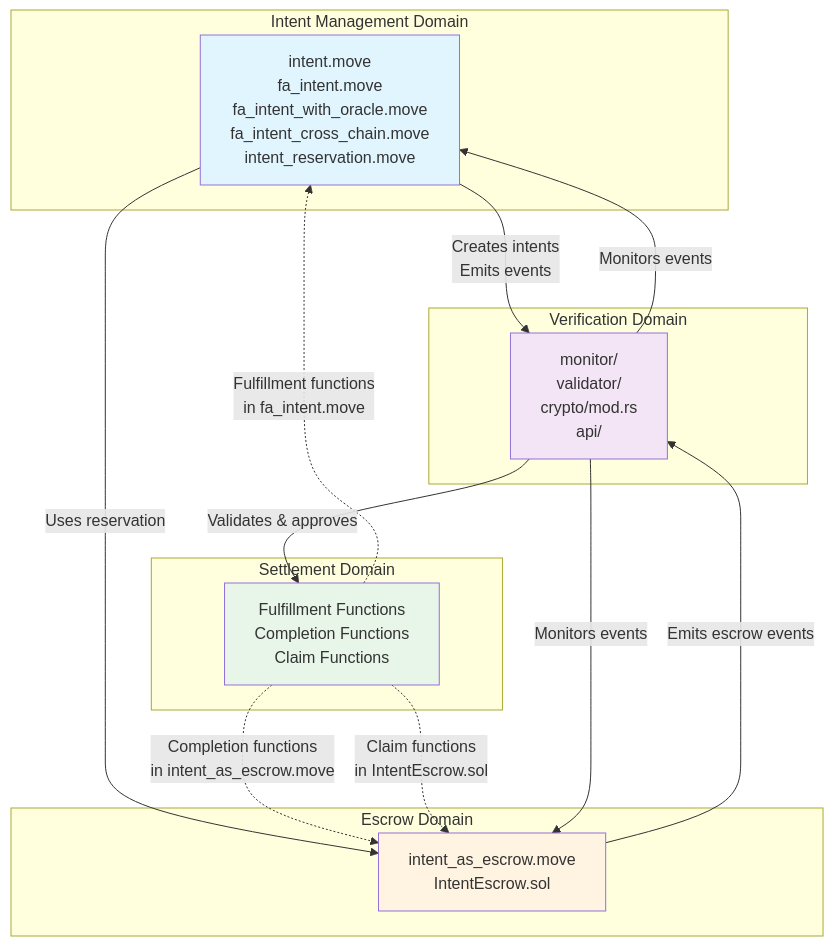
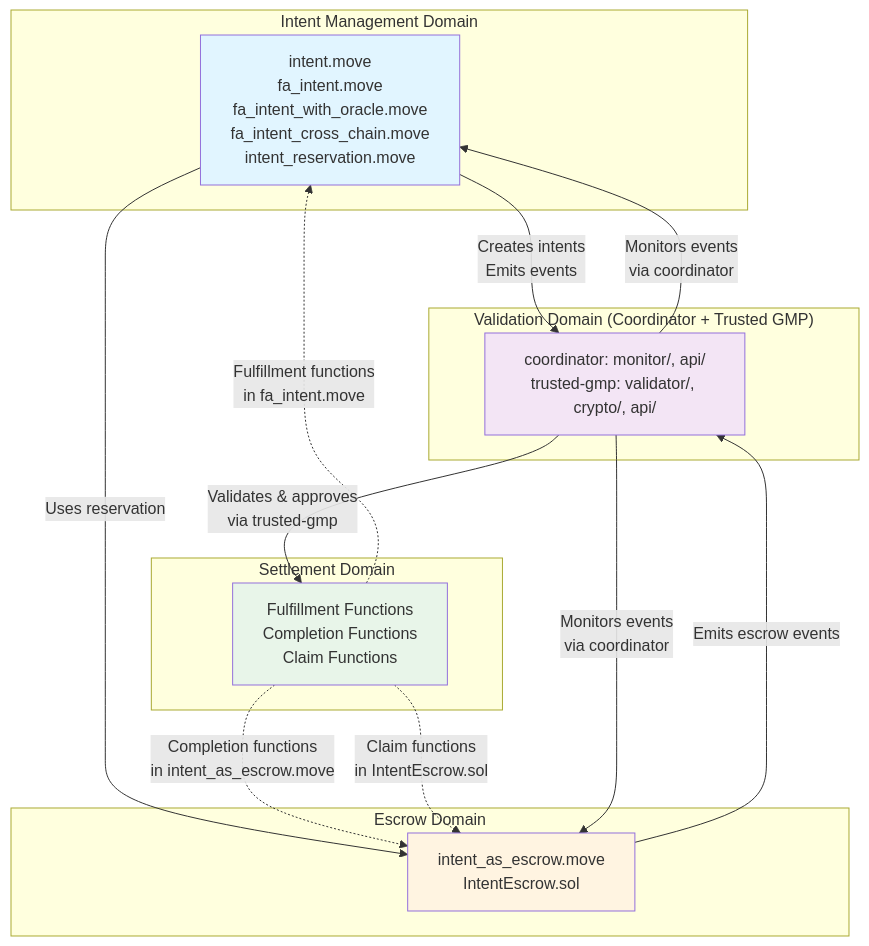
The second of 2 diagrams in docs/architecture/architecture-component-mapping.md (MoveIndustries/int3nts), drawn with Mermaid before and after one commit. The commit also changed other lines of this file and 29 other files, not shown here.

First line of the commit message:
docs: split verifier docs into coordinator and trusted-gmp

````diff
--- a/docs/architecture/architecture-component-mapping.md
+++ b/docs/architecture/architecture-component-mapping.md
@@ -57,33 +57,33 @@
 ```mermaid
 graph TB
     subgraph "Intent Management Domain"
         IM[intent.move<br/>fa_intent.move<br/>fa_intent_with_oracle.move<br/>fa_intent_cross_chain.move<br/>intent_reservation.move]
     end
     
     subgraph "Escrow Domain"
         EM[intent_as_escrow.move<br/>IntentEscrow.sol]
     end
     
     subgraph "Settlement Domain"
         SM[Fulfillment Functions<br/>Completion Functions<br/>Claim Functions]
     end
     
-    subgraph "Verification Domain"
-        VM[monitor/<br/>validator/<br/>crypto/mod.rs<br/>api/]
+    subgraph "Validation Domain (Coordinator + Trusted GMP)"
+        VM[coordinator: monitor/, api/<br/>trusted-gmp: validator/, crypto/, api/]
     end
     
     IM -->|Creates intents<br/>Emits events| VM
     IM -->|Uses reservation| EM
     EM -->|Emits escrow events| VM
     SM -.->|Fulfillment functions<br/>in fa_intent.move| IM
     SM -.->|Completion functions<br/>in intent_as_escrow.move| EM
     SM -.->|Claim functions<br/>in IntentEscrow.sol| EM
-    VM -->|Validates & approves| SM
-    VM -->|Monitors events| IM
-    VM -->|Monitors events| EM
+    VM -->|Validates & approves<br/>via trusted-gmp| SM
+    VM -->|Monitors events<br/>via coordinator| IM
+    VM -->|Monitors events<br/>via coordinator| EM
     
-    style IM fill:#e1f5ff
-    style EM fill:#fff4e1
-    style SM fill:#e8f5e9
-    style VM fill:#f3e5f5
+    style IM fill:#e1f5ff,color:#333
+    style EM fill:#fff4e1,color:#333
+    style SM fill:#e8f5e9,color:#333
+    style VM fill:#f3e5f5,color:#333
 ```
````
